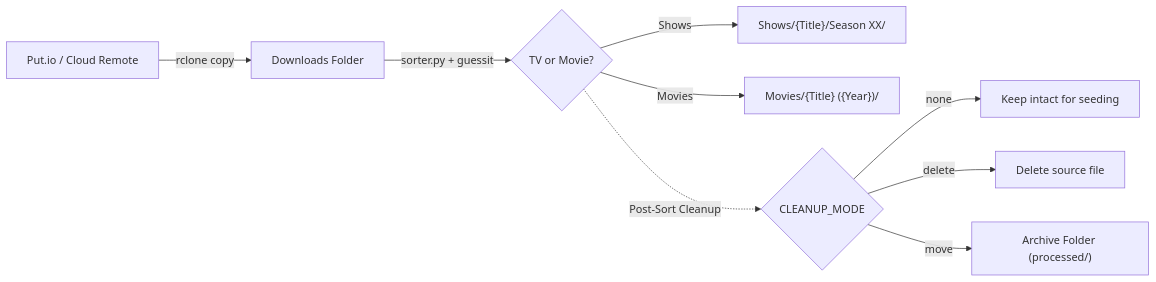
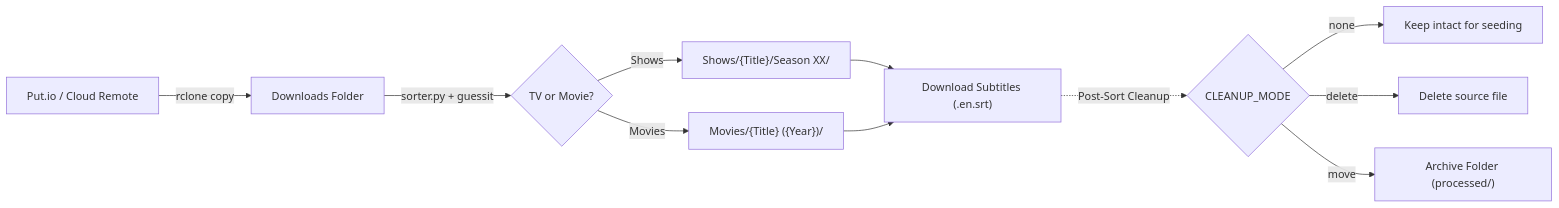
Before and after one commit to sircharlesxx/jellyfin-reel-sort: the diagram in README.md, drawn with Mermaid. The commit also changed other lines of this file and 2 other files, not shown here.

````diff
--- a/README.md
+++ b/README.md
@@ -11,11 +11,13 @@
 ```mermaid
 flowchart LR
     PutIO[Put.io / Cloud Remote] -->|rclone copy| Downloads[Downloads Folder]
     Downloads -->|sorter.py + guessit| Parser{TV or Movie?}
     Parser -->|Shows| TVDir["Shows/{Title}/Season XX/"]
     Parser -->|Movies| MovieDir["Movies/{Title} ({Year})/"]
-    Parser -.->|Post-Sort Cleanup| Cleanup{"CLEANUP_MODE"}
+    TVDir --> Subs["Download Subtitles (.en.srt)"]
+    MovieDir --> Subs
+    Subs -.->|Post-Sort Cleanup| Cleanup{"CLEANUP_MODE"}
     Cleanup -->|none| Seeding[Keep intact for seeding]
     Cleanup -->|delete| Remove[Delete source file]
     Cleanup -->|move| Archive["Archive Folder (processed/)"]
 ```
````
